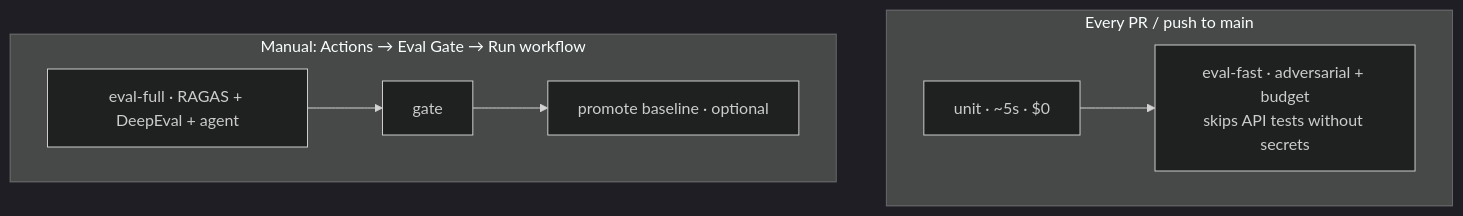
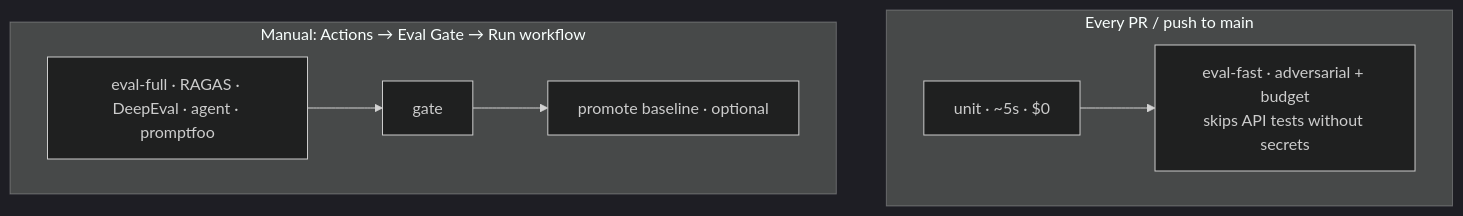
The fourth of 4 diagrams in README.md (hemantjanrao/ai-compliance-qa-lab), drawn with Mermaid (dark theme) before and after one commit. The commit also changed other lines of this file and 10 other files, not shown here.

````diff
--- a/README.md
+++ b/README.md
@@ -138,15 +144,15 @@
 ```mermaid
 flowchart TD
   subgraph PR["Every PR / push to main"]
     U[unit · ~5s · $0]
     EF["eval-fast · adversarial + budget\nskips API tests without secrets"]
     U --> EF
   end
 
   subgraph Manual["Manual: Actions → Eval Gate → Run workflow"]
-    Full[eval-full · RAGAS + DeepEval + agent]
+    Full["eval-full · RAGAS · DeepEval · agent · promptfoo"]
     Gate[gate]
     Promote[promote baseline · optional]
     Full --> Gate --> Promote
   end
 ```
````
